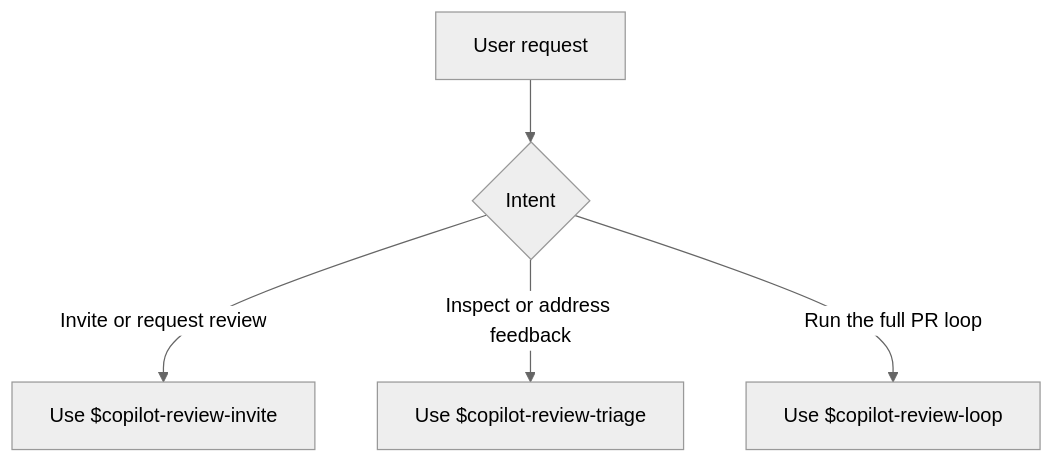
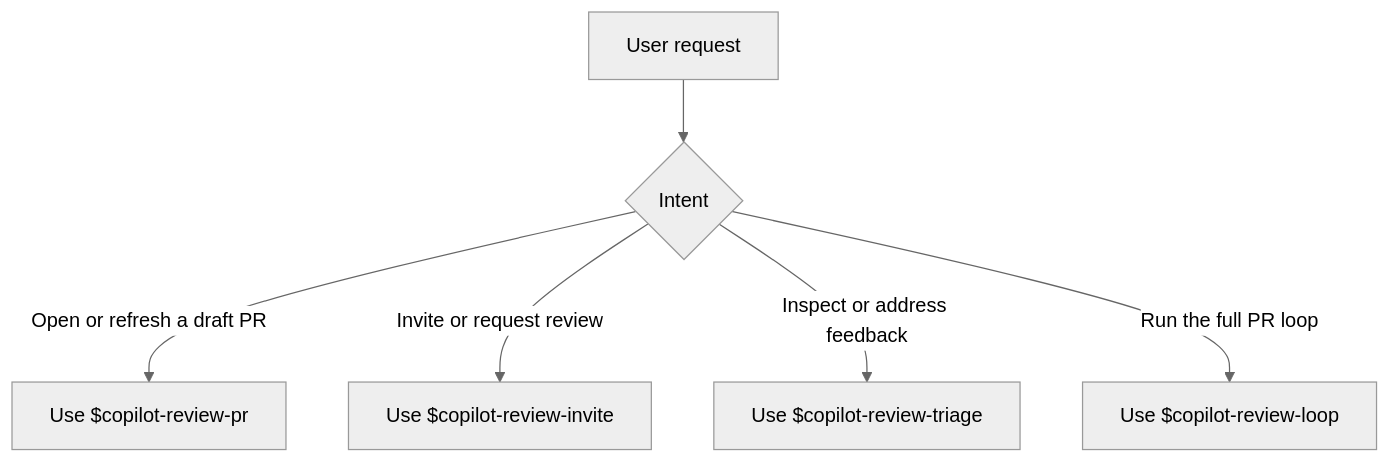
The diagram in README.md (Ma233/copilot-review), drawn with Mermaid (neutral theme) before and after one commit. The commit also changed other lines of this file and 7 other files, not shown here.

````diff
--- a/README.md
+++ b/README.md
@@ -17,7 +18,8 @@
 ```mermaid
 flowchart TD
     A[User request] --> B{Intent}
-    B -->|Invite or request review| C[Use $copilot-review-invite]
-    B -->|Inspect or address feedback| D[Use $copilot-review-triage]
-    B -->|Run the full PR loop| E[Use $copilot-review-loop]
+    B -->|Open or refresh a draft PR| C[Use $copilot-review-pr]
+    B -->|Invite or request review| D[Use $copilot-review-invite]
+    B -->|Inspect or address feedback| E[Use $copilot-review-triage]
+    B -->|Run the full PR loop| F[Use $copilot-review-loop]
 ```
````
